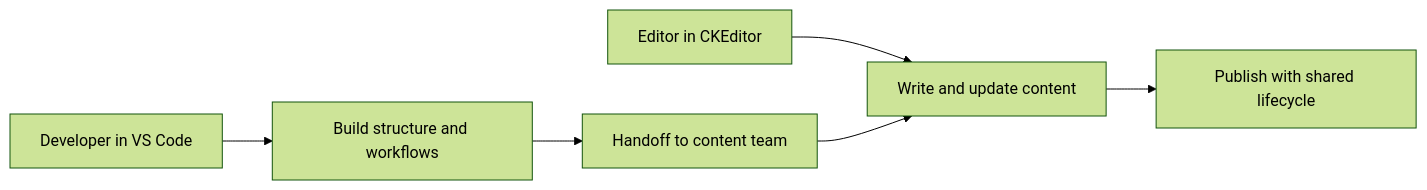
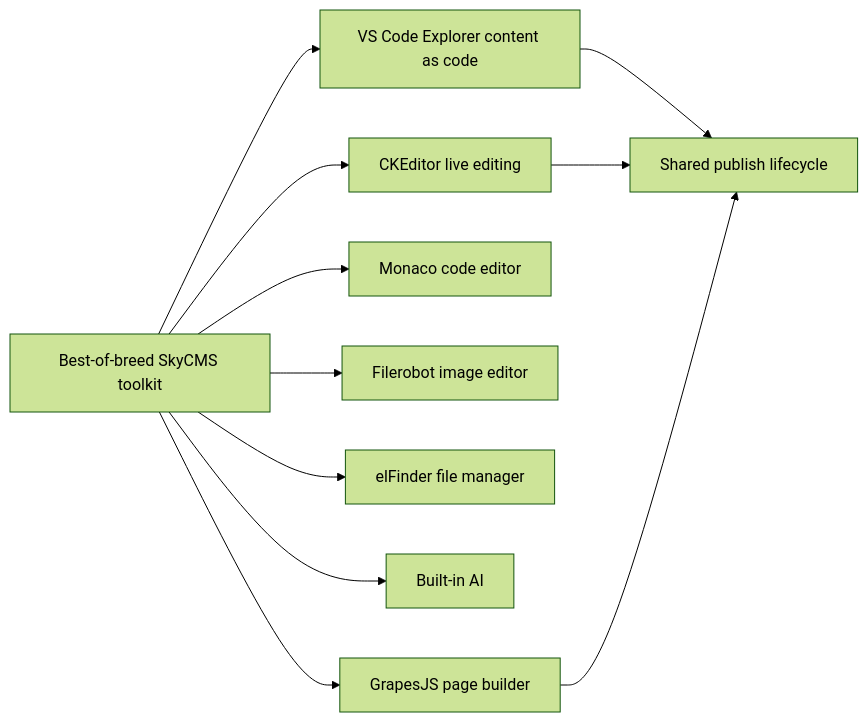
One commit to CWALabs/SkyCMS.Docs changed the first of 2 diagrams in index.md. Above: the diagram before and after it, drawn with Mermaid (forest theme). The commit also changed other lines of this file and 1 other file, not shown here.

````diff
--- a/index.md
+++ b/index.md
@@ -36,8 +40,14 @@
 ```mermaid
 flowchart LR
-    Dev[Developer in VS Code] --> Build[Build structure and workflows]
-    Build --> Handoff[Handoff to content team]
-    Editor[Editor in CKEditor] --> Write[Write and update content]
-    Handoff --> Write
-    Write --> Publish[Publish with shared lifecycle]
+    Toolkit[Best-of-breed SkyCMS toolkit]
+    Toolkit --> Live[CKEditor live editing]
+    Toolkit --> Builder[GrapesJS page builder]
+    Toolkit --> Code[Monaco code editor]
+    Toolkit --> Media[Filerobot image editor]
+    Toolkit --> Files[elFinder file manager]
+    Toolkit --> Ai[Built-in AI]
+    Toolkit --> VsCode[VS Code Explorer content as code]
+    VsCode --> Publish[Shared publish lifecycle]
+    Live --> Publish
+    Builder --> Publish
 ```
````
